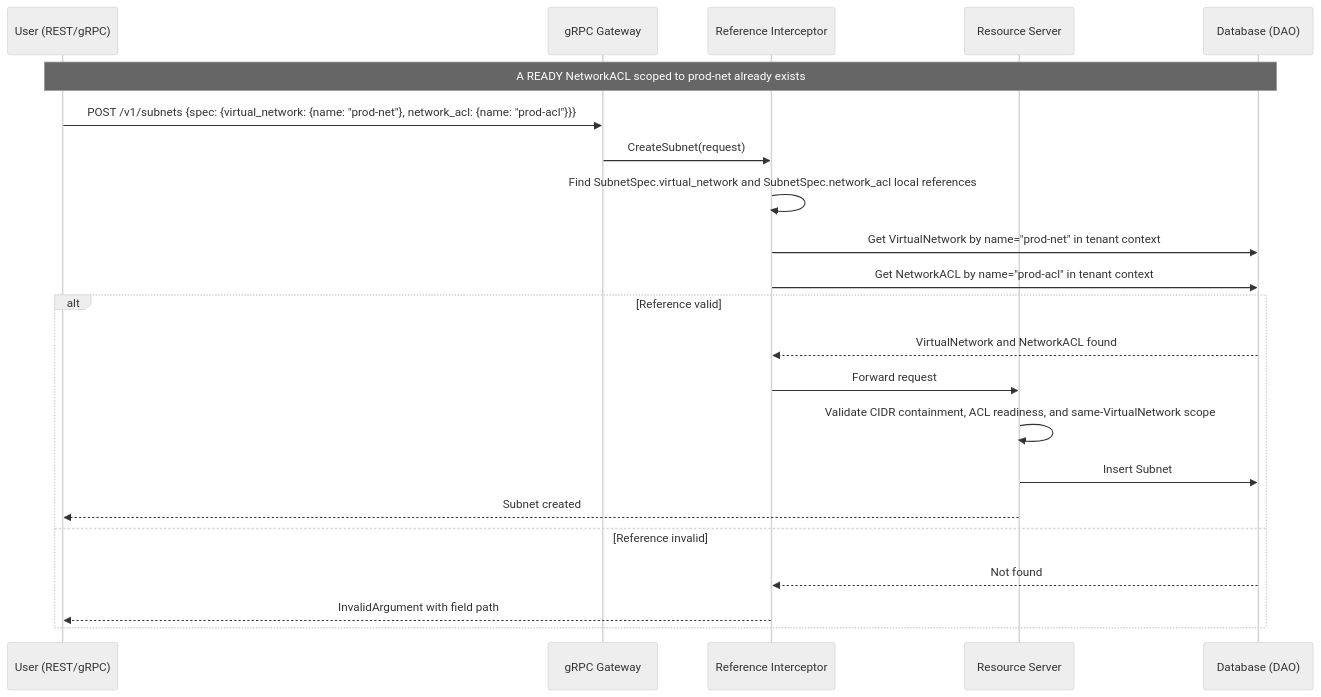
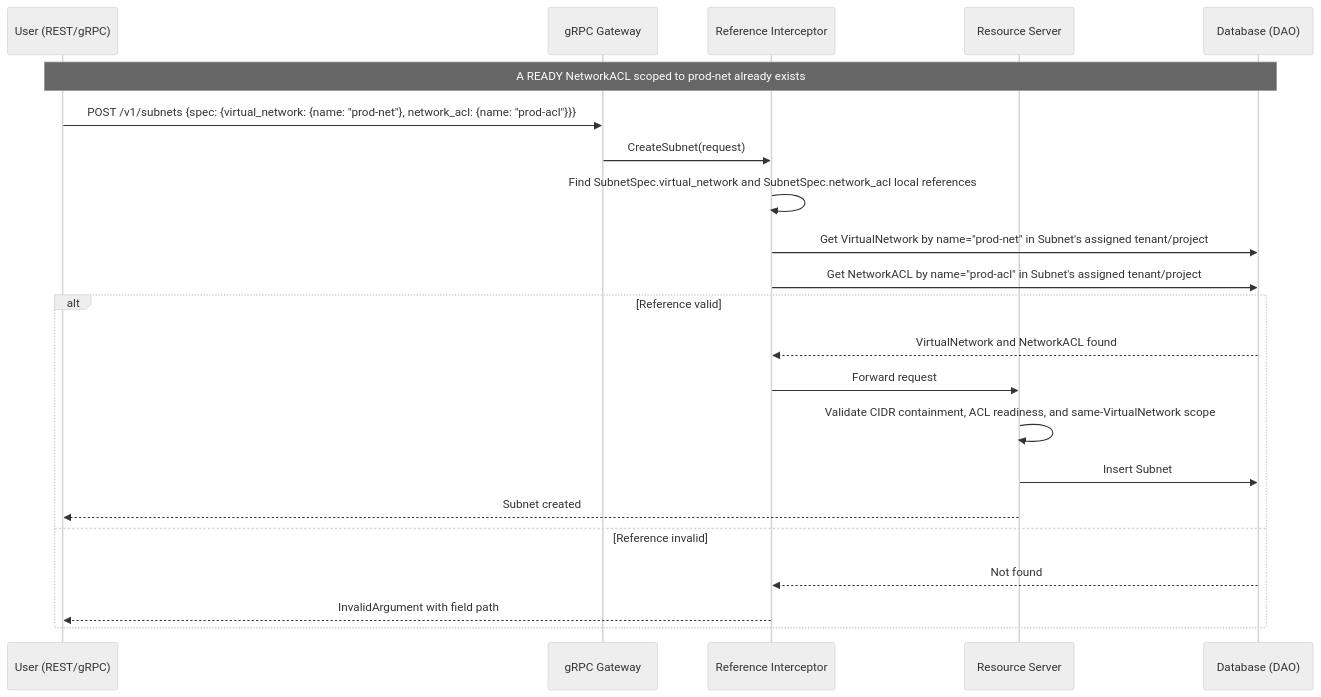
Before and after one commit to danmanor/enhancement-proposals: the diagram in enhancements/OSAC-1330-type-safe-resource-references/design.md, drawn with Mermaid (neutral theme). The commit also changed other lines of this file and 10 other files, not shown here.

````diff
--- a/enhancements/OSAC-1330-type-safe-resource-references/design.md
+++ b/enhancements/OSAC-1330-type-safe-resource-references/design.md
@@ -261,25 +262,25 @@
 ```mermaid
 sequenceDiagram
     participant U as User (REST/gRPC)
     participant GW as gRPC Gateway
     participant INT as Reference Interceptor
     participant SRV as Resource Server
     participant DAO as Database (DAO)
 
     Note over U,DAO: A READY NetworkACL scoped to prod-net already exists
     U->>GW: POST /v1/subnets {spec: {virtual_network: {name: "prod-net"}, network_acl: {name: "prod-acl"}}}
     GW->>INT: CreateSubnet(request)
     INT->>INT: Find SubnetSpec.virtual_network and SubnetSpec.network_acl local references
-    INT->>DAO: Get VirtualNetwork by name="prod-net" in tenant context
-    INT->>DAO: Get NetworkACL by name="prod-acl" in tenant context
+    INT->>DAO: Get VirtualNetwork by name="prod-net" in Subnet's assigned tenant/project
+    INT->>DAO: Get NetworkACL by name="prod-acl" in Subnet's assigned tenant/project
     alt Reference valid
         DAO-->>INT: VirtualNetwork and NetworkACL found
         INT->>SRV: Forward request
         SRV->>SRV: Validate CIDR containment, ACL readiness, and same-VirtualNetwork scope
         SRV->>DAO: Insert Subnet
         SRV-->>U: Subnet created
     else Reference invalid
         DAO-->>INT: Not found
         INT-->>U: InvalidArgument with field path
     end
 ```
````
